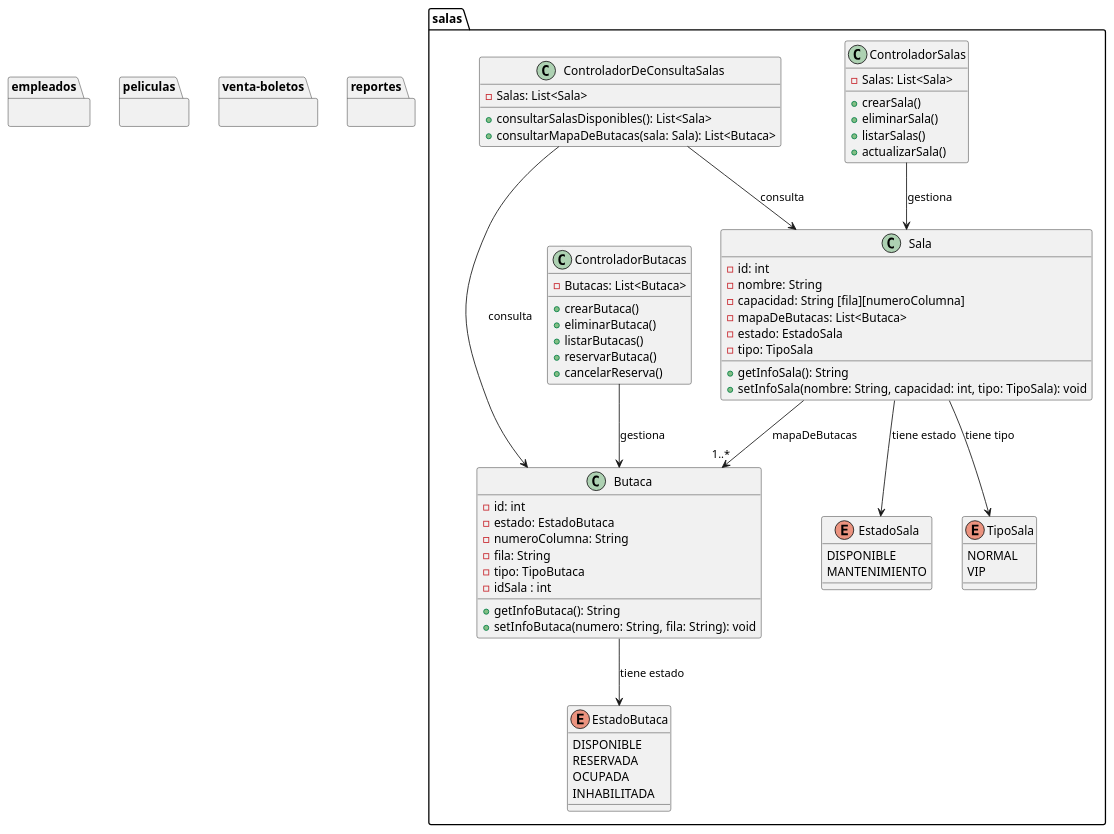
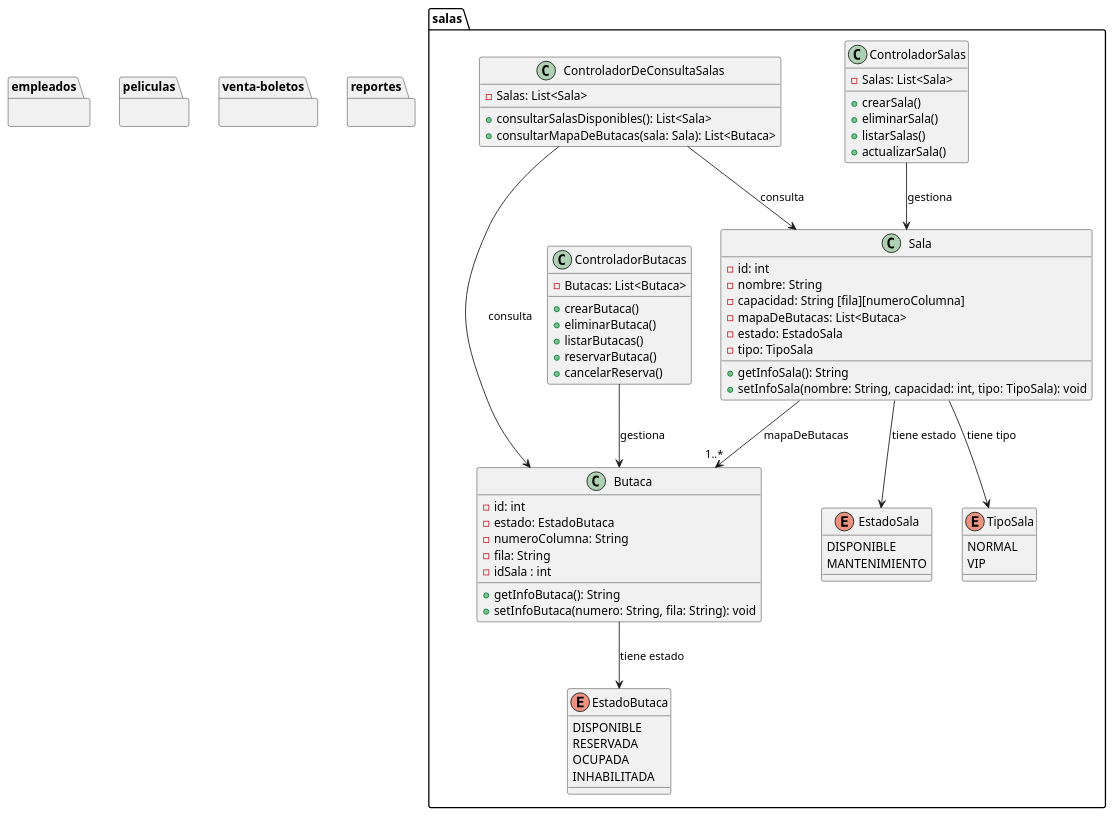
One commit to CineMax-Diseno-De-Software-GR3SW/CineMax changed the diagram in Documentacion/Diagramas/General_DiagramaDeClases.plantuml. Above: the diagram before and after it, drawn with PlantUML. The commit also changed 4 other files, not shown here.

```diff
--- a/Documentacion/Diagramas/General_DiagramaDeClases.plantuml
+++ b/Documentacion/Diagramas/General_DiagramaDeClases.plantuml
@@ -1,103 +1,102 @@
 @startuml General_DiagramaDeClases
 
 package empleados {
 
 }
 
 
 package peliculas {
 
 }
 
 package salas {
 ' Enumeraciones
     enum EstadoSala {
         DISPONIBLE
         MANTENIMIENTO
     }
 
     enum TipoSala {
         NORMAL
         VIP
     }
 
     enum EstadoButaca {
         DISPONIBLE
         RESERVADA
         OCUPADA
         INHABILITADA
     }
 
 
 
     ' Clases principales
     class Sala {
         - id: int
         - nombre: String
         - capacidad: String [fila][numeroColumna]
         - mapaDeButacas: List<Butaca>
         - estado: EstadoSala
         - tipo: TipoSala
         + getInfoSala(): String
         + setInfoSala(nombre: String, capacidad: int, tipo: TipoSala): void
     }
 
     class Butaca {
         - id: int
         - estado: EstadoButaca
         - numeroColumna: String
         - fila: String
-        - tipo: TipoButaca
         - idSala : int
         + getInfoButaca(): String
         + setInfoButaca(numero: String, fila: String): void
     }
 
     ' Controladores
     class ControladorSalas {
         - Salas: List<Sala>
         + crearSala()
         + eliminarSala()
         + listarSalas()
         +actualizarSala()
     }
 
     class ControladorButacas {
         - Butacas: List<Butaca>
         + crearButaca()
         + eliminarButaca()
         + listarButacas()
         + reservarButaca()
         + cancelarReserva()
     }
 
     class ControladorDeConsultaSalas {
         - Salas: List<Sala>
         + consultarSalasDisponibles(): List<Sala>
         + consultarMapaDeButacas(sala: Sala): List<Butaca>
     }
 
 
     ' Relaciones
 
     ControladorSalas --> Sala : gestiona
     ControladorButacas --> Butaca : gestiona
     ControladorDeConsultaSalas --> Sala : consulta
     ControladorDeConsultaSalas --> Butaca : consulta
 
     Sala --> EstadoSala : tiene estado
     Sala --> TipoSala : tiene tipo
     Sala --> "1..*" Butaca : mapaDeButacas
 
     Butaca --> EstadoButaca : tiene estado
 }
 
 package venta-boletos {
 
 }
 
 package reportes {
 
 }
 
 @enduml
```
